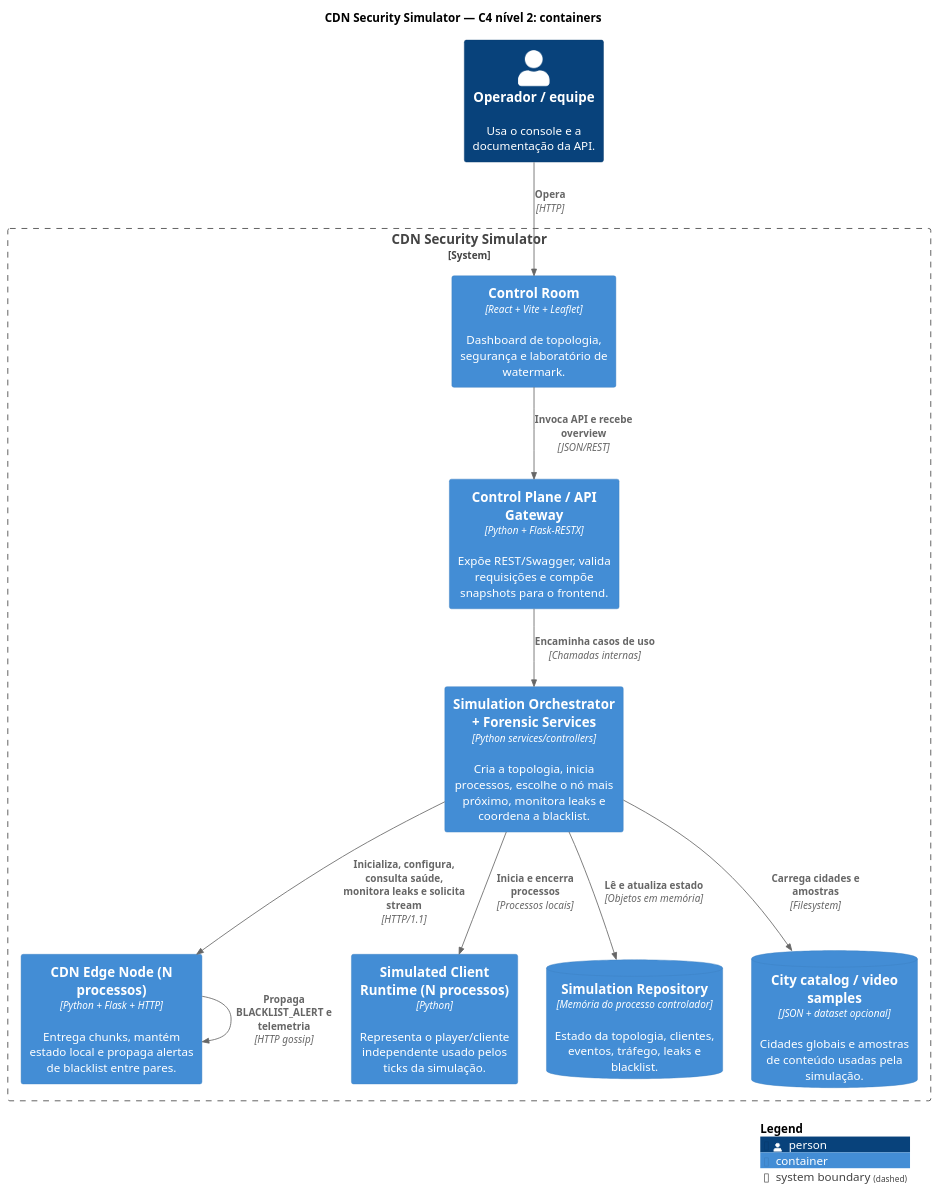
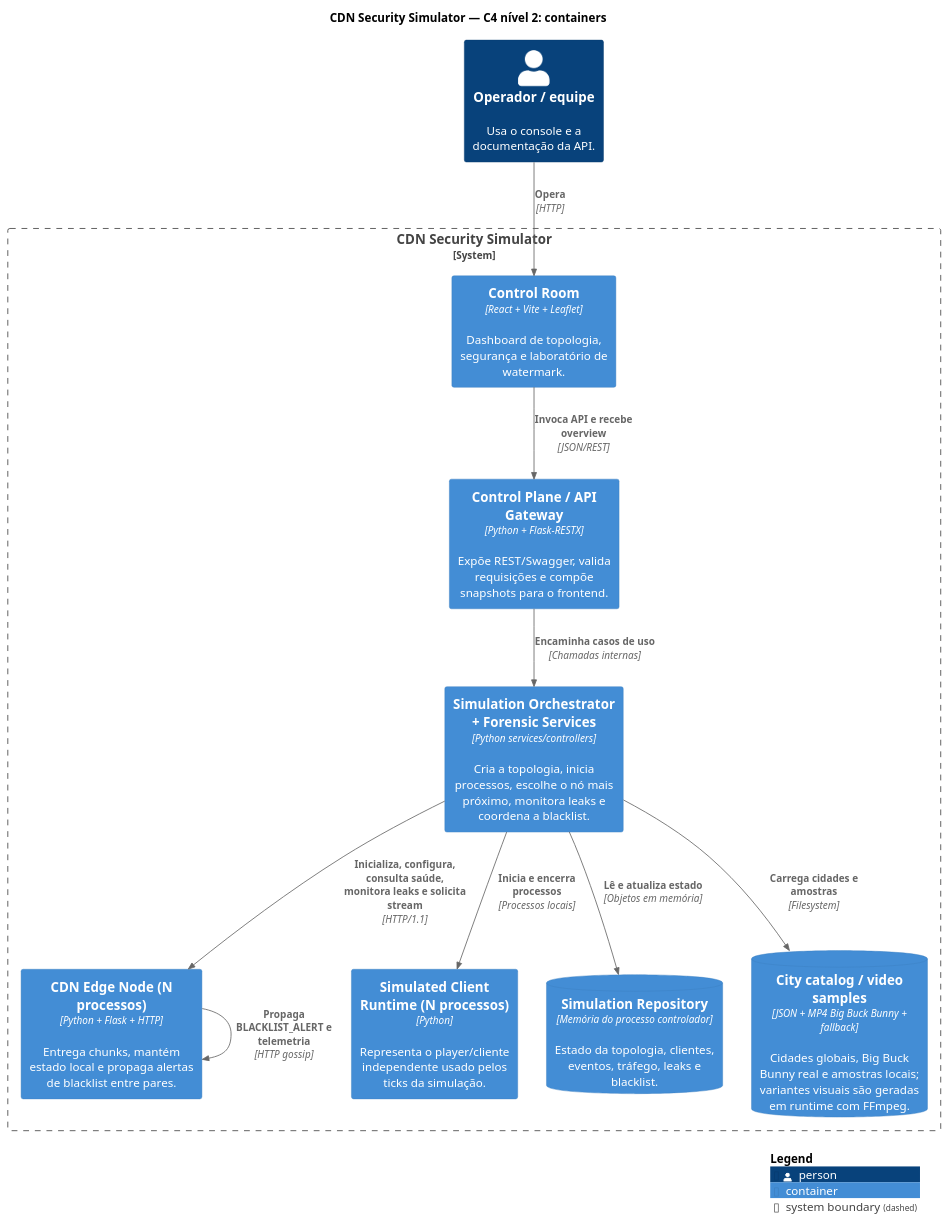
One commit to LuisReis09/CDN-Sentinel changed the diagram in docs/c4-containers.puml. Above: the diagram before and after it, drawn with PlantUML. The commit also changed 33 other files, not shown here.

```diff
--- a/docs/c4-containers.puml
+++ b/docs/c4-containers.puml
@@ -1,30 +1,30 @@
 @startuml c4-containers
 !include https://raw.githubusercontent.com/plantuml-stdlib/C4-PlantUML/master/C4_Container.puml
 
 title CDN Security Simulator — C4 nível 2: containers
 
 LAYOUT_WITH_LEGEND()
 
 Person(operator, "Operador / equipe", "Usa o console e a documentação da API.")
 
 System_Boundary(system, "CDN Security Simulator") {
   Container(frontend, "Control Room", "React + Vite + Leaflet", "Dashboard de topologia, segurança e laboratório de watermark.")
   Container(api, "Control Plane / API Gateway", "Python + Flask-RESTX", "Expõe REST/Swagger, valida requisições e compõe snapshots para o frontend.")
   Container(orchestrator, "Simulation Orchestrator + Forensic Services", "Python services/controllers", "Cria a topologia, inicia processos, escolhe o nó mais próximo, monitora leaks e coordena a blacklist.")
   Container(node, "CDN Edge Node (N processos)", "Python + Flask + HTTP", "Entrega chunks, mantém estado local e propaga alertas de blacklist entre pares.")
   Container(client, "Simulated Client Runtime (N processos)", "Python", "Representa o player/cliente independente usado pelos ticks da simulação.")
   ContainerDb(repository, "Simulation Repository", "Memória do processo controlador", "Estado da topologia, clientes, eventos, tráfego, leaks e blacklist.")
-  ContainerDb(asset, "City catalog / video samples", "JSON + dataset opcional", "Cidades globais e amostras de conteúdo usadas pela simulação.")
+  ContainerDb(asset, "City catalog / video samples", "JSON + MP4 Big Buck Bunny + fallback", "Cidades globais, Big Buck Bunny real e amostras locais; variantes visuais são geradas em runtime com FFmpeg.")
 }
 
 Rel(operator, frontend, "Opera", "HTTP")
 Rel(frontend, api, "Invoca API e recebe overview", "JSON/REST")
 Rel(api, orchestrator, "Encaminha casos de uso", "Chamadas internas")
 Rel(orchestrator, repository, "Lê e atualiza estado", "Objetos em memória")
 Rel(orchestrator, node, "Inicializa, configura, consulta saúde, monitora leaks e solicita stream", "HTTP/1.1")
 Rel(orchestrator, client, "Inicia e encerra processos", "Processos locais")
 Rel(node, node, "Propaga BLACKLIST_ALERT e telemetria", "HTTP gossip")
 Rel(orchestrator, asset, "Carrega cidades e amostras", "Filesystem")
 
 SHOW_LEGEND()
 @enduml
```
